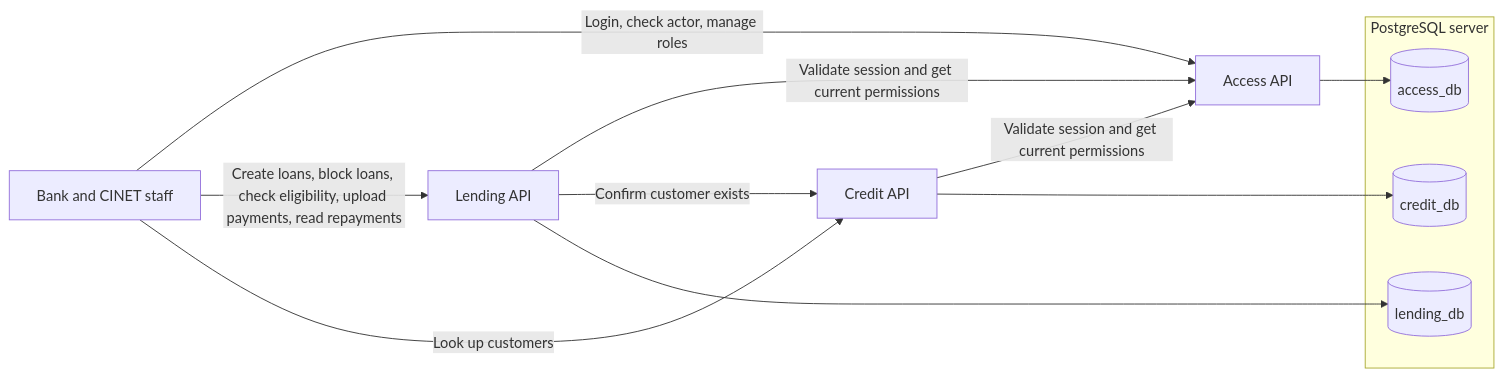
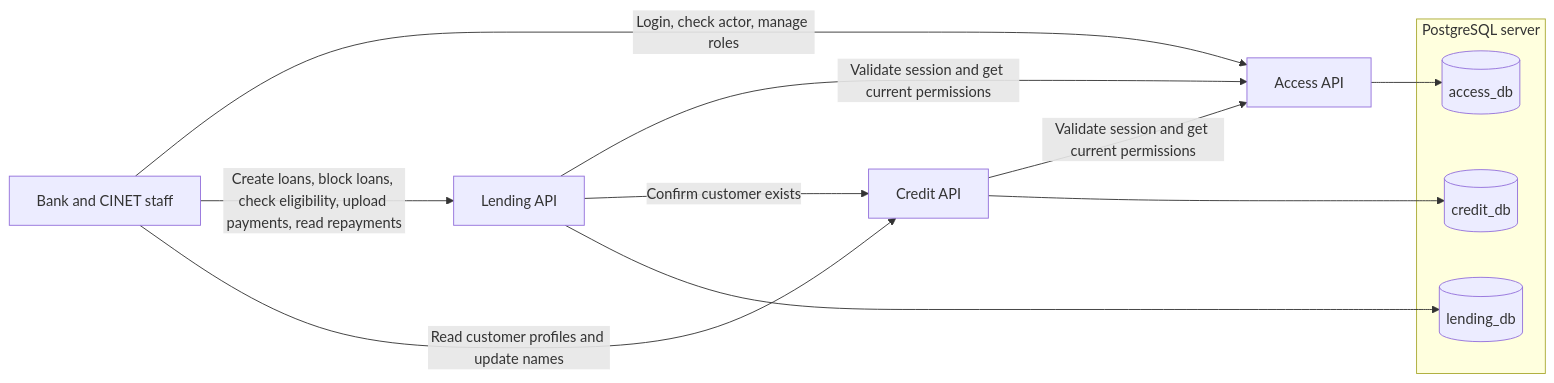
The diagram in docs/architecture.md (aalhendi/peaceful-urchin), drawn with Mermaid before and after one commit. The commit also changed 12 other files, not shown here.

````diff
--- a/docs/architecture.md
+++ b/docs/architecture.md
@@ -5,20 +5,20 @@
 ```mermaid
 flowchart LR
     staff["Bank and CINET staff"] -->|Login, check actor, manage roles| access["Access API"]
     staff -->|Create loans, block loans, check eligibility, upload payments, read repayments| lending["Lending API"]
-    staff -->|Look up customers| credit["Credit API"]
+    staff -->|Read customer profiles and update names| credit["Credit API"]
 
     lending -->|Validate session and get current permissions| access
     credit -->|Validate session and get current permissions| access
     lending -->|Confirm customer exists| credit
 
     subgraph postgres["PostgreSQL server"]
         accessDb[(access_db)]
         lendingDb[(lending_db)]
         creditDb[(credit_db)]
     end
 
     access --> accessDb
     lending --> lendingDb
     credit --> creditDb
 ```
````
